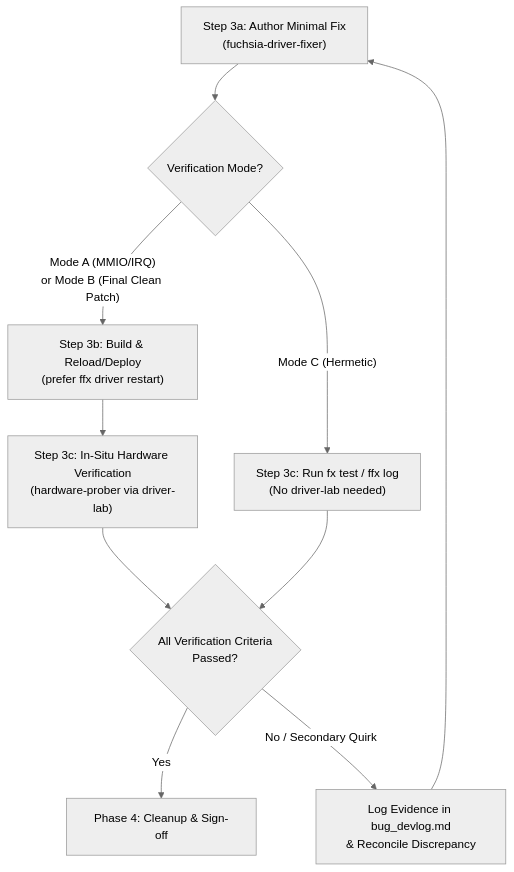
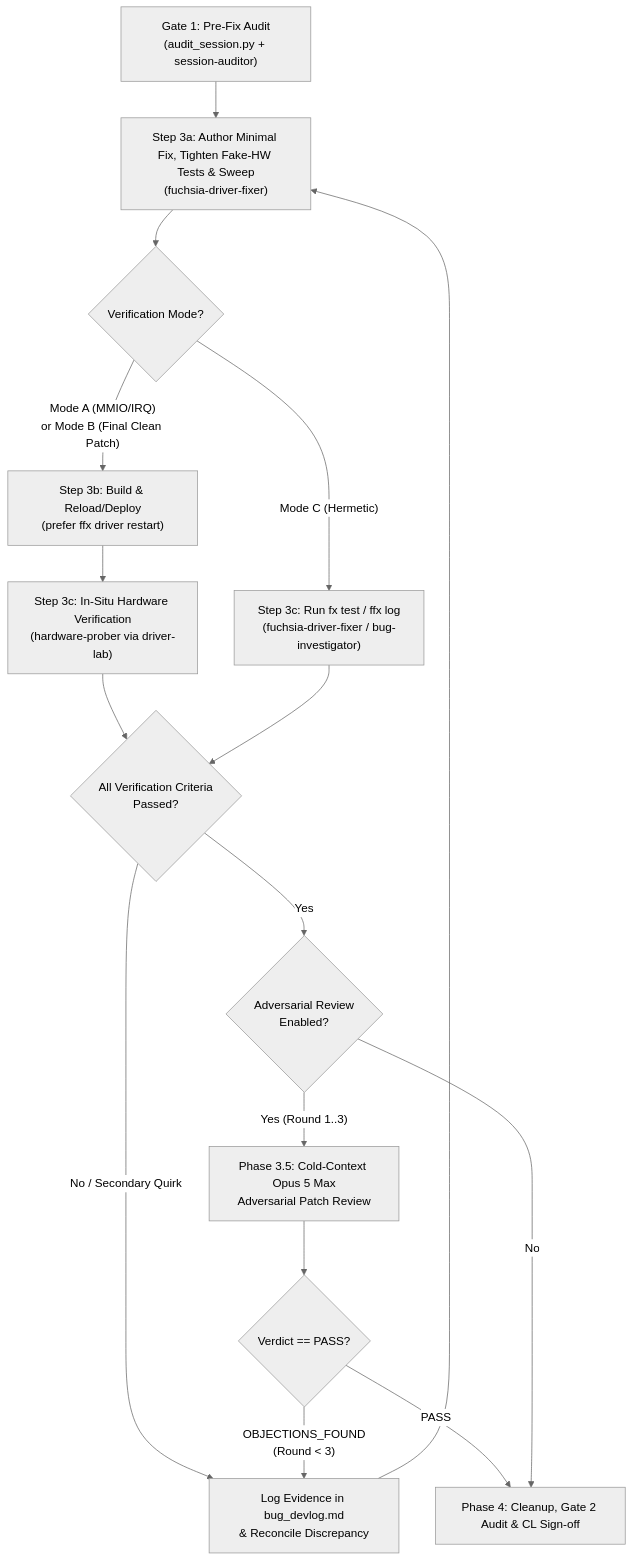
Before and after one commit to chenhunghan/fuchsia-mirror: the diagram in src/devices/skills/autoda-fix/SKILL.md, drawn with Mermaid (neutral theme). The commit also changed other lines of this file and 4913 other files, not shown here.

````diff
--- a/src/devices/skills/autoda-fix/SKILL.md
+++ b/src/devices/skills/autoda-fix/SKILL.md
@@ -393,12 +733,18 @@
 ```mermaid
 flowchart TD
-    A["Step 3a: Author Minimal Fix\n(fuchsia-driver-fixer)"] --> B{"Verification Mode?"}
+    G1["Gate 1: Pre-Fix Audit\n(audit_session.py + session-auditor)"] --> A["Step 3a: Author Minimal Fix, Tighten Fake-HW Tests & Sweep\n(fuchsia-driver-fixer)"]
+    A --> B{"Verification Mode?"}
     B -- "Mode A (MMIO/IRQ)\nor Mode B (Final Clean Patch)" --> C["Step 3b: Build & Reload/Deploy\n(prefer ffx driver restart)"]
     C --> D["Step 3c: In-Situ Hardware Verification\n(hardware-prober via driver-lab)"]
-    B -- "Mode C (Hermetic)" --> E["Step 3c: Run fx test / ffx log\n(No driver-lab needed)"]
+    B -- "Mode C (Hermetic)" --> E["Step 3c: Run fx test / ffx log\n(fuchsia-driver-fixer / bug-investigator)"]
     D --> F{"All Verification Criteria\nPassed?"}
     E --> F
-    F -- "Yes" --> G["Phase 4: Cleanup & Sign-off"]
     F -- "No / Secondary Quirk" --> H["Log Evidence in bug_devlog.md\n& Reconcile Discrepancy"]
     H --> A
+    F -- "Yes" --> AR{"Adversarial Review\nEnabled?"}
+    AR -- "Yes (Round 1..3)" --> OP["Phase 3.5: Cold-Context Opus 5 Max\nAdversarial Patch Review"]
+    OP --> OPV{"Verdict == PASS?"}
+    OPV -- "OBJECTIONS_FOUND\n(Round < 3)" --> H
+    OPV -- "PASS" --> G2["Phase 4: Cleanup, Gate 2 Audit & CL Sign-off"]
+    AR -- "No" --> G2
 ```
````
